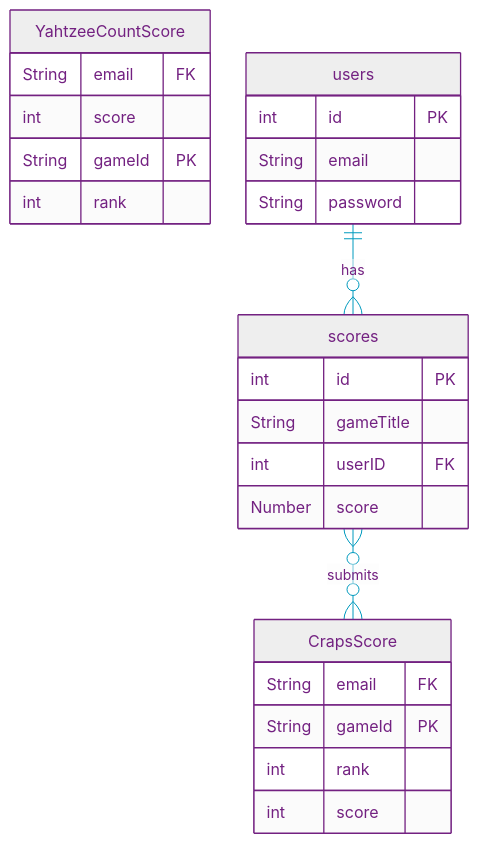
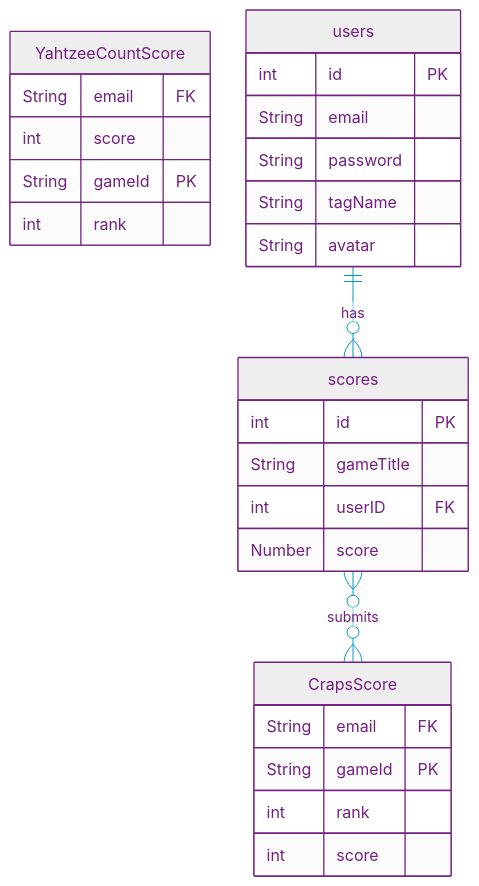
Before and after one commit to null-0ne/COSA-195-Gamehub: the diagram in uml/erd.md, drawn with Mermaid. The commit also changed 3 other files, not shown here.

Commit message:
uml Updated

````diff
--- a/uml/erd.md
+++ b/uml/erd.md
@@ -3,47 +3,49 @@
 ```mermaid
 %%{init:{"securityLevel":"loose","layout":"elk","elk":{"nodePlacementStrategy":"NETWORK_SIMPLEX"},"theme":"base",
 "themeVariables":{"primaryColor":"#EEE","primaryTextColor":"#732181","primaryBorderColor":"#732181","lineColor":"#009ABE","noteBorderColor":"#732181","noteBkgColor":"#F38A00","activationBkgColor":"#F38A00"    }
 }}%%
 %%----------------------- MERMAID MARKUP BELOW --------------------%%
 erDiagram
 
 
 
     %% User {
     %%   String email
     %%   int score
     %%   String gameId
     %% }
 
      YahtzeeCountScore {
        String email FK
        int score
        String gameId PK
        int rank
      }
 
      CrapsScore {
        String email FK
        String gameId PK
        int rank
        int score
      }
 
     scores {
       int id PK
       String gameTitle
       int userID FK
       Number score
     }
     users {
       int id PK
       String email
       String password
+      String tagName
+      String avatar
     }
 
     %% Relationships
     users ||--o{ scores : "has"
     scores }o--o{ CrapsScore : "submits"
 
 %%----------------------- MERMAID MARKUP ABOVE --------------------%%
 ```
````
